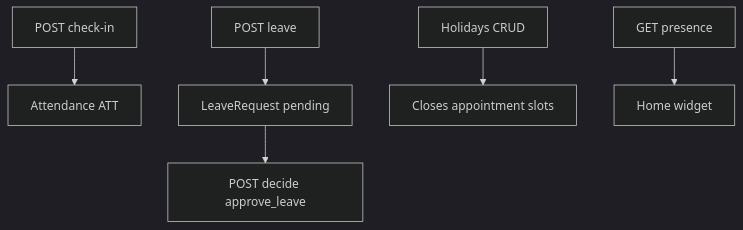
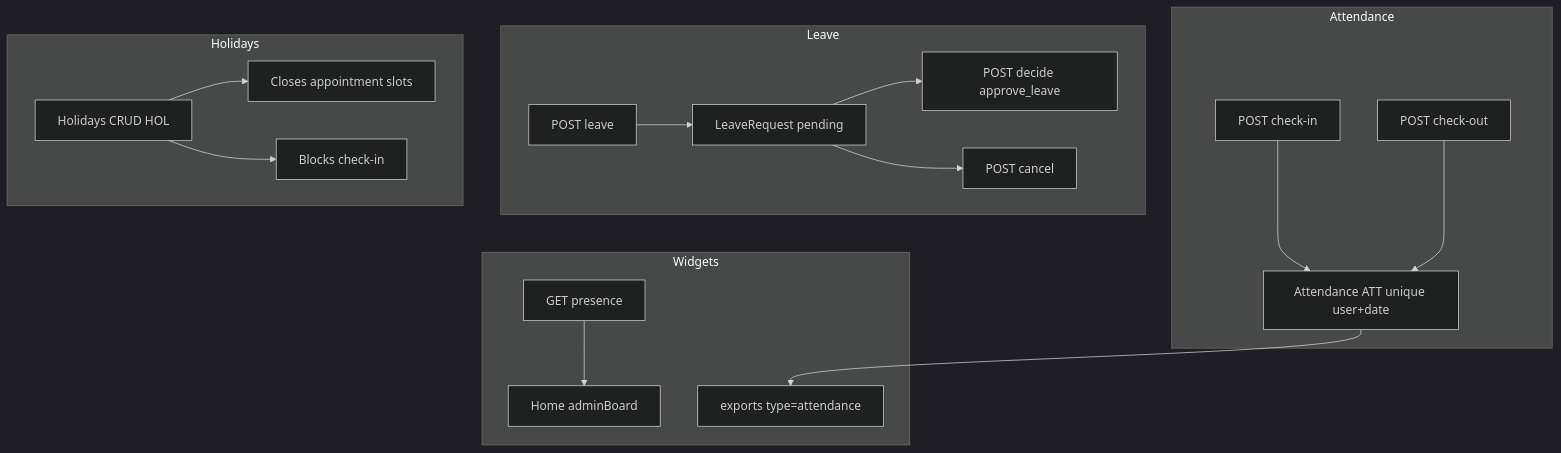
One commit to psmpasupathi009/mlf changed the first of 2 diagrams in docs/mlf flows/hrms_flow.md. Above: the diagram before and after it, drawn with Mermaid (dark theme). The commit also changed other lines of this file and 52 other files, not shown here.

````diff
--- a/docs/mlf flows/hrms_flow.md
+++ b/docs/mlf flows/hrms_flow.md
@@ -12,8 +7,36 @@
 ```mermaid
 flowchart TD
-  checkin["POST check-in"] --> att["Attendance ATT"]
-  leave["POST leave"] --> lve["LeaveRequest pending"]
-  lve --> decide["POST decide approve_leave"]
-  hol["Holidays CRUD"] --> slots["Closes appointment slots"]
-  presence["GET presence"] --> home["Home widget"]
+  subgraph attendance [Attendance]
+    checkin["POST check-in"]
+    checkout["POST check-out"]
+    att["Attendance ATT unique user+date"]
+  end
+
+  subgraph leaveFlow [Leave]
+    req["POST leave"]
+    lve["LeaveRequest pending"]
+    decide["POST decide approve_leave"]
+    cancel["POST cancel"]
+  end
+
+  subgraph holidays [Holidays]
+    hol["Holidays CRUD HOL"]
+    slots["Closes appointment slots"]
+    blockIn["Blocks check-in"]
+  end
+
+  subgraph widgets [Widgets]
+    presence["GET presence"]
+    home["Home adminBoard"]
+    exportX["exports type=attendance"]
+  end
+
+  checkin --> att
+  checkout --> att
+  req --> lve --> decide
+  lve --> cancel
+  hol --> slots
+  hol --> blockIn
+  presence --> home
+  att --> exportX
 ```
````
